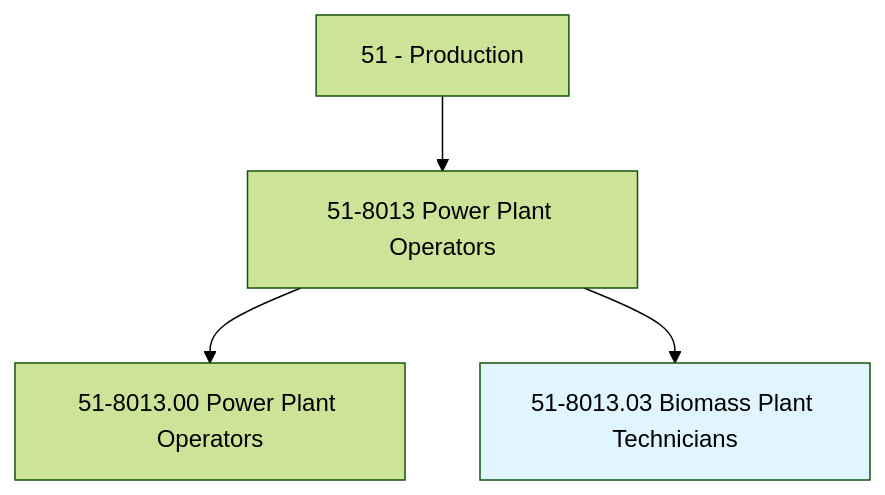
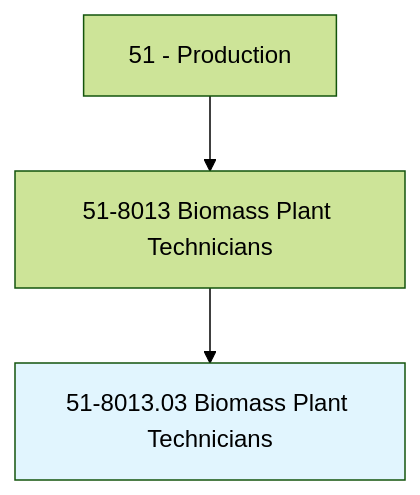
One commit to kziemski/business.org.ai changed the first of 4 diagrams in occupations/Production/BiomassPlantTechnicians.mdx. Above: the diagram before and after it, drawn with Mermaid (forest theme). The commit also changed other lines of this file and 938 other files, not shown here.

````diff
--- a/occupations/Production/BiomassPlantTechnicians.mdx
+++ b/occupations/Production/BiomassPlantTechnicians.mdx
@@ -19,7 +23,6 @@
 ```mermaid
 graph TD
-    Cat51["51 - Production"] --> Group518013["51-8013 Power Plant Operators"]
-    Group518013 --> Base["51-8013.00 Power Plant Operators"]
+    Cat51["51 - Production"] --> Group518013["51-8013 Biomass Plant Technicians"]
     Group518013 --> Current["51-8013.03 Biomass Plant Technicians"]
     style Current fill:#e1f5fe
 ```
````
